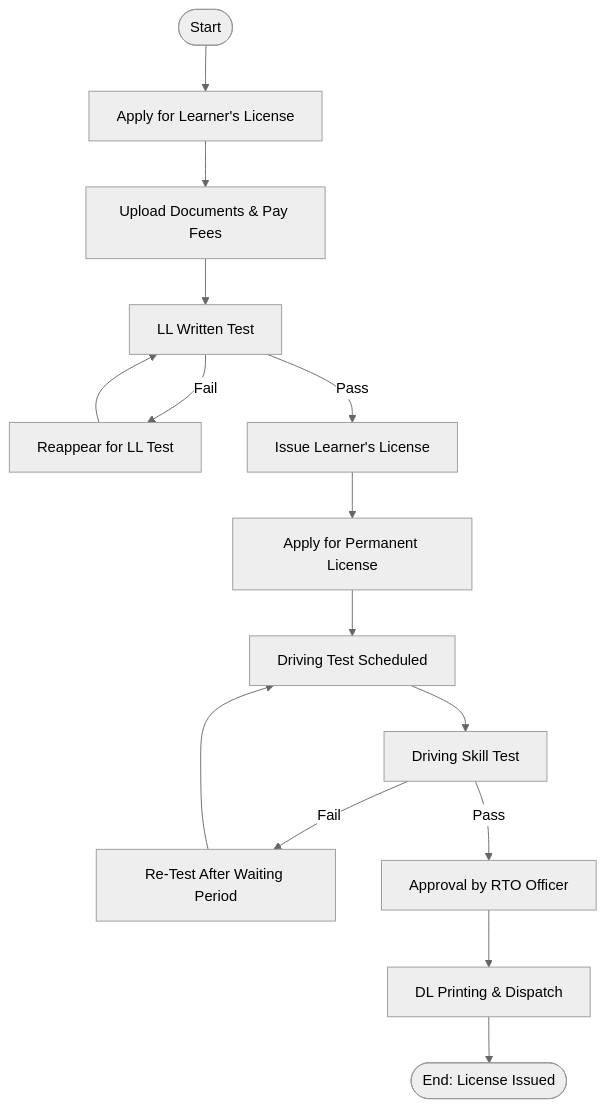
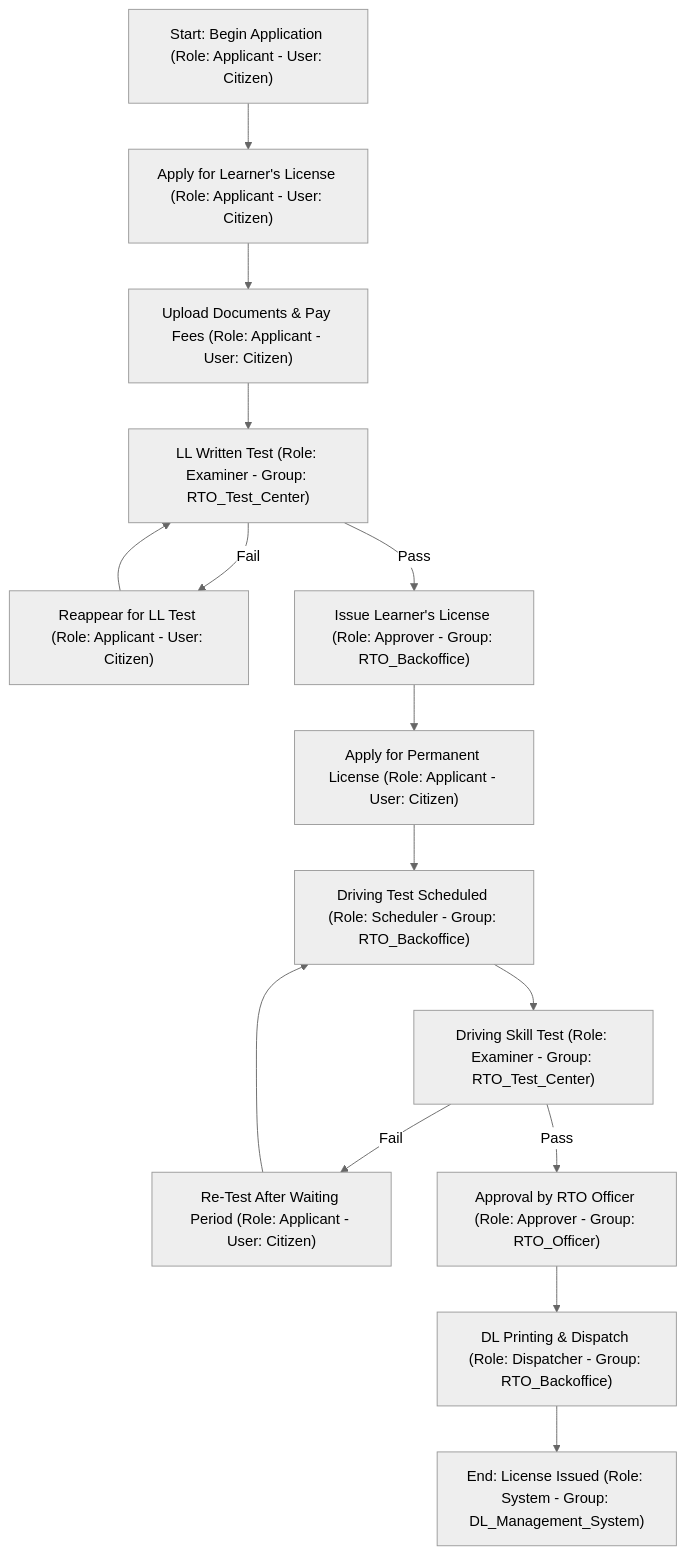
One commit to Vineeth1512/FileNet-Notes changed the diagram in process-engine/government/Driving_License_Issuance_Process.md. Above: the diagram before and after it, drawn with Mermaid (neutral theme).

````diff
--- a/process-engine/government/Driving_License_Issuance_Process.md
+++ b/process-engine/government/Driving_License_Issuance_Process.md
@@ -41,22 +41,22 @@
 ```mermaid
 flowchart TD
-    A([Start]) --> B[Apply for Learner's License]
-    B --> C[Upload Documents & Pay Fees]
-    C --> D[LL Written Test]
-    
-    D -->|Fail| D2[Reappear for LL Test]
+    A["Start: Begin Application (Role: Applicant - User: Citizen)"] --> B["Apply for Learner's License (Role: Applicant - User: Citizen)"]
+    B --> C["Upload Documents & Pay Fees (Role: Applicant - User: Citizen)"]
+    C --> D["LL Written Test (Role: Examiner - Group: RTO_Test_Center)"]
+
+    D -->|Fail| D2["Reappear for LL Test (Role: Applicant - User: Citizen)"]
     D2 --> D
-    D -->|Pass| E[Issue Learner's License]
-    
-    E --> F[Apply for Permanent License]
-    F --> G[Driving Test Scheduled]
-    
-    G --> H[Driving Skill Test]
-    
-    H -->|Fail| H2[Re-Test After Waiting Period]
+    D -->|Pass| E["Issue Learner's License (Role: Approver - Group: RTO_Backoffice)"]
+
+    E --> F["Apply for Permanent License (Role: Applicant - User: Citizen)"]
+    F --> G["Driving Test Scheduled (Role: Scheduler - Group: RTO_Backoffice)"]
+
+    G --> H["Driving Skill Test (Role: Examiner - Group: RTO_Test_Center)"]
+
+    H -->|Fail| H2["Re-Test After Waiting Period (Role: Applicant - User: Citizen)"]
     H2 --> G
-    H -->|Pass| I[Approval by RTO Officer]
-    
-    I --> J[DL Printing & Dispatch]
-    J --> K([End: License Issued])
+    H -->|Pass| I["Approval by RTO Officer (Role: Approver - Group: RTO_Officer)"]
+
+    I --> J["DL Printing & Dispatch (Role: Dispatcher - Group: RTO_Backoffice)"]
+    J --> K["End: License Issued (Role: System - Group: DL_Management_System)"]
 ```
````
